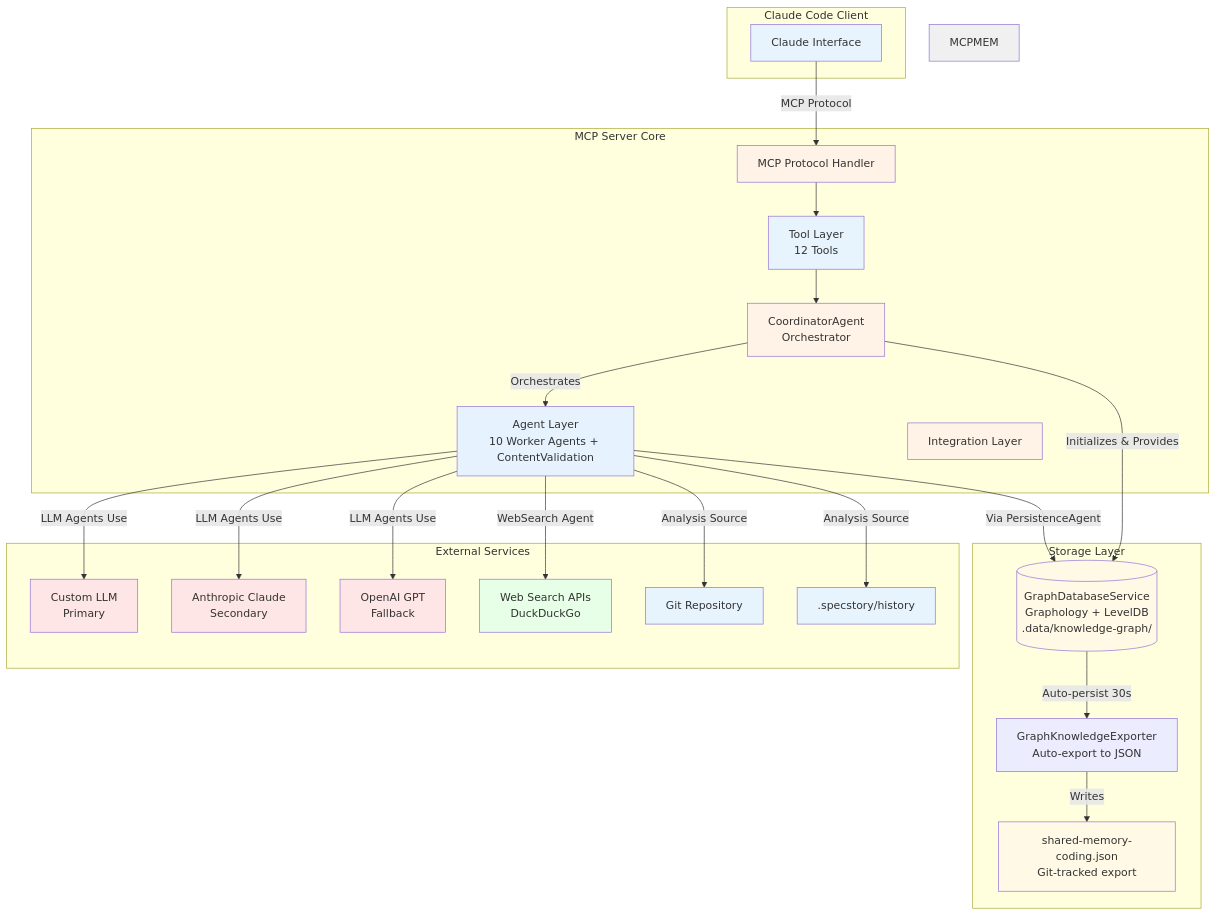
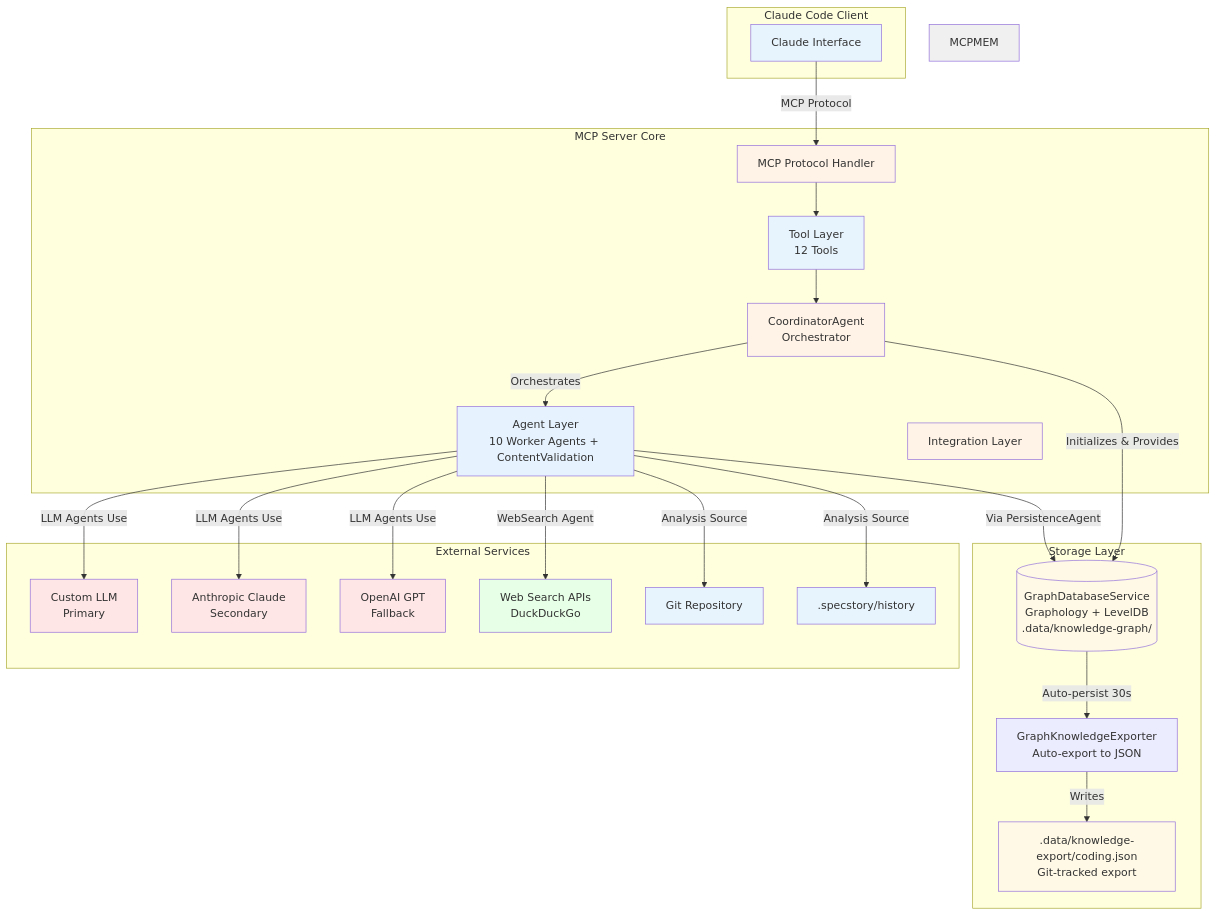
One commit to fwornle/mcp-server-semantic-analysis changed the second of 3 diagrams in README.md. Above: the diagram before and after it, drawn with Mermaid. The commit also changed other lines of this file and 9 other files, not shown here.

Commit message:
fix: shared-memory-*.json cleanup

````diff
--- a/README.md
+++ b/README.md
@@ -282,62 +282,62 @@
 ```mermaid
 graph TB
     subgraph "Claude Code Client"
         CLAUDE[Claude Interface]
     end
 
     subgraph "MCP Server Core"
         MCP[MCP Protocol Handler]
         TOOLS[Tool Layer<br/>12 Tools]
         COORD[CoordinatorAgent<br/>Orchestrator]
         AGENTS[Agent Layer<br/>10 Worker Agents + ContentValidation]
         INTEG[Integration Layer]
     end
 
     subgraph "Storage Layer"
         GRAPHDB[(GraphDatabaseService<br/>Graphology + LevelDB<br/>.data/knowledge-graph/)]
         EXPORT[GraphKnowledgeExporter<br/>Auto-export to JSON]
-        SHARED[shared-memory-coding.json<br/>Git-tracked export]
+        SHARED[.data/knowledge-export/coding.json<br/>Git-tracked export]
     end
 
     subgraph "External Services"
         CUSTOM[Custom LLM<br/>Primary]
         ANTHROPIC[Anthropic Claude<br/>Secondary]
         OPENAI[OpenAI GPT<br/>Fallback]
         SEARCH[Web Search APIs<br/>DuckDuckGo]
         GIT[Git Repository]
         HIST[.specstory/history]
     end
 
     CLAUDE -->|MCP Protocol| MCP
     MCP --> TOOLS
     TOOLS --> COORD
     COORD -->|Orchestrates| AGENTS
 
     AGENTS -->|LLM Agents Use| CUSTOM
     AGENTS -->|LLM Agents Use| ANTHROPIC
     AGENTS -->|LLM Agents Use| OPENAI
     AGENTS -->|WebSearch Agent| SEARCH
     AGENTS -->|Analysis Source| GIT
     AGENTS -->|Analysis Source| HIST
 
     COORD -->|Initializes & Provides| GRAPHDB
     AGENTS -->|Via PersistenceAgent| GRAPHDB
     GRAPHDB -->|Auto-persist 30s| EXPORT
     EXPORT -->|Writes| SHARED
 
     style CLAUDE fill:#e8f4fd
     style MCP fill:#fff2e6
     style TOOLS fill:#e8f4fd
     style COORD fill:#fff2e6
     style AGENTS fill:#e6f3ff
     style INTEG fill:#fff2e6
     style CUSTOM fill:#ffe6e6
     style ANTHROPIC fill:#ffe6e6
     style OPENAI fill:#ffe6e6
     style SEARCH fill:#e6ffe6
     style GRAPHDB fill:#fff9e6
     style SHARED fill:#fff9e6
     style MCPMEM fill:#f0f0f0
     style GIT fill:#e8f4fd
     style HIST fill:#e8f4fd
 ```
````
